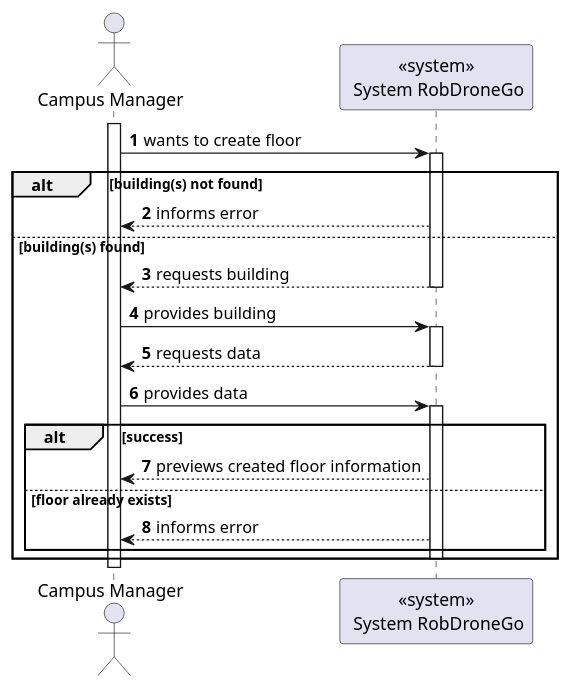
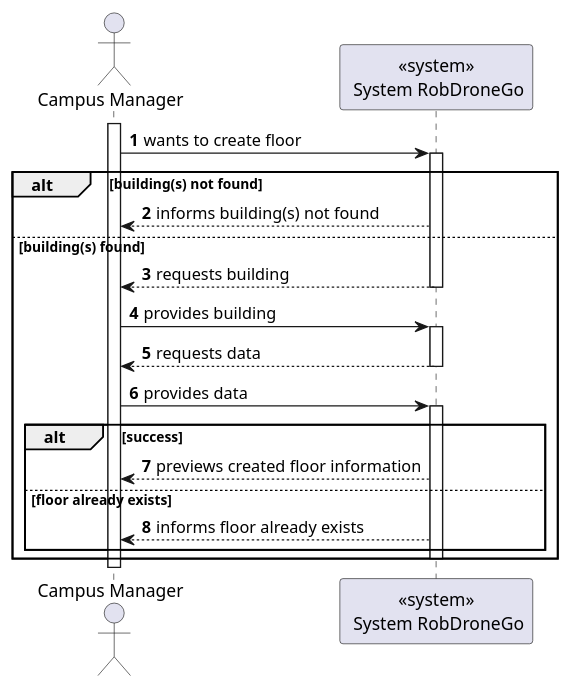
Before and after one commit to Departamento-de-Engenharia-Informatica/lapr5-23-24-g19: the diagram in docs/us1090/level1/process-view.puml, drawn with PlantUML. The commit also changed 3 other files, not shown here.

```diff
--- a/docs/us1090/level1/process-view.puml
+++ b/docs/us1090/level1/process-view.puml
@@ -1,33 +1,33 @@
 @startuml
 autonumber
 
 actor "Campus Manager" as usr
 
 participant "<<system>>\n System RobDroneGo" as sys
 
 activate usr
     usr -> sys : wants to create floor
     activate sys
     alt building(s) not found
-        sys --> usr : informs error
+        sys --> usr : informs building(s) not found
     else building(s) found
         sys --> usr : requests building
         deactivate sys
 
         usr -> sys : provides building
         activate sys
             sys --> usr : requests data
         deactivate sys
 
         usr -> sys : provides data
         activate sys
             alt success
                 sys --> usr : previews created floor information
             else floor already exists
-                sys --> usr : informs error
+                sys --> usr : informs floor already exists
             end
         deactivate sys
     end
 deactivate usr
 
 @enduml
```
